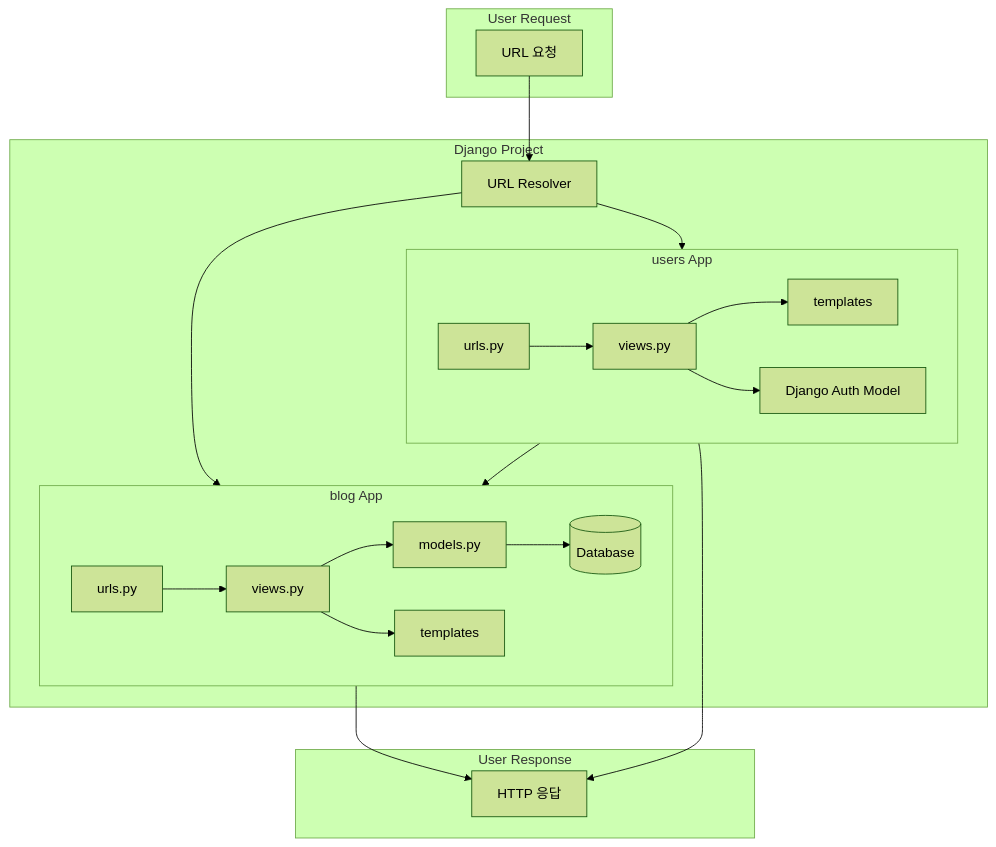
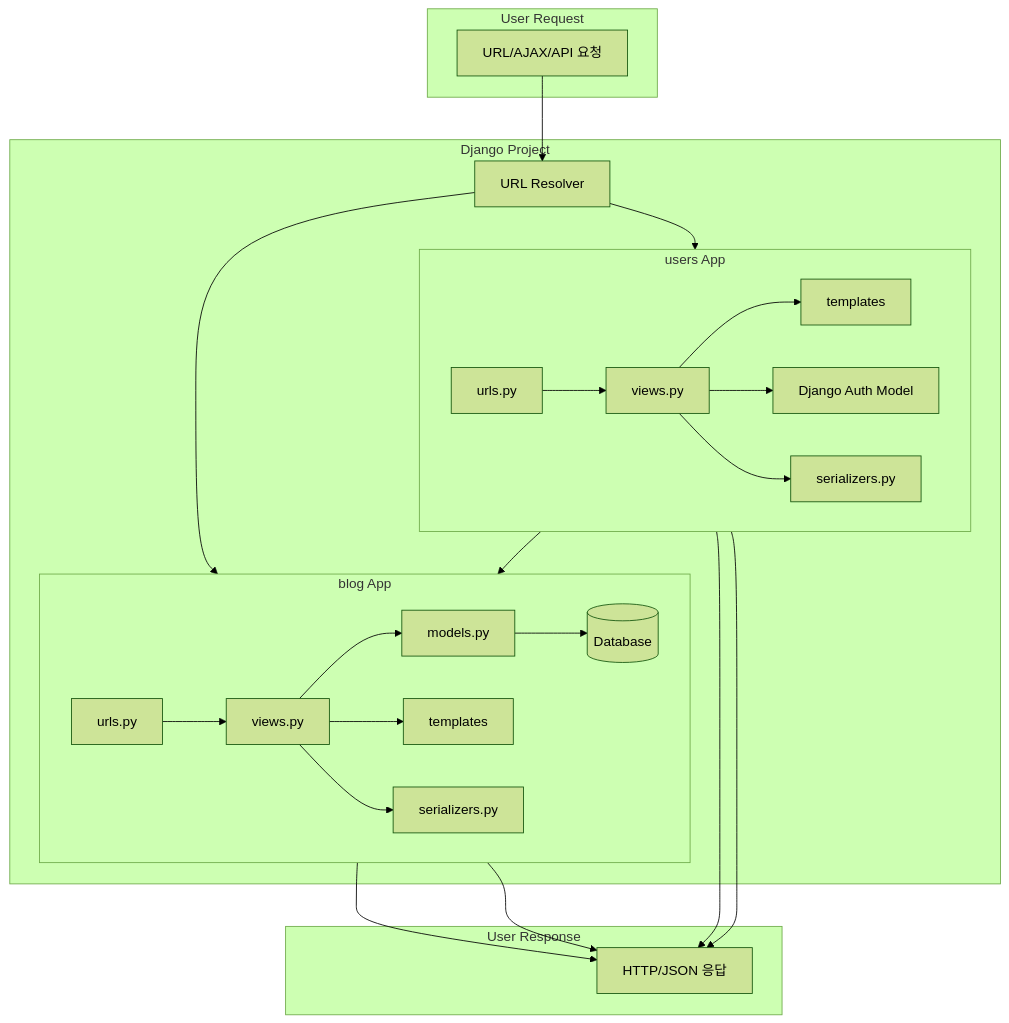
Before and after one commit to lain13/django-blog-with-cline-gemini-2.5-pro: the diagram in memory-bank/systemPatterns.md, drawn with Mermaid (forest theme). The commit also changed other lines of this file and 3 other files, not shown here.

````diff
--- a/memory-bank/systemPatterns.md
+++ b/memory-bank/systemPatterns.md
@@ -24,37 +49,41 @@
 ```mermaid
 graph TD
     subgraph "User Request"
-        URL[URL 요청]
+        URL[URL/AJAX/API 요청]
     end
 
     subgraph "Django Project"
         URL_Resolver[URL Resolver]
 
         subgraph "users App"
             direction LR
             Users_URL[urls.py] --> Users_View[views.py]
             Users_View --> Users_Template[templates]
             Users_View --> Auth_Model[Django Auth Model]
+            Users_View --> Users_Serializer[serializers.py]
         end
 
         subgraph "blog App"
             direction LR
             Blog_URL[urls.py] --> Blog_View[views.py]
             Blog_View --> Blog_Model[models.py]
             Blog_View --> Blog_Template[templates]
+            Blog_View --> Blog_Serializer[serializers.py]
             Blog_Model --> DB[(Database)]
         end
 
         URL_Resolver --> Users_URL
         URL_Resolver --> Blog_URL
         Auth_Model --> DB
     end
 
     subgraph "User Response"
-        Response[HTTP 응답]
+        Response[HTTP/JSON 응답]
     end
 
     URL --> URL_Resolver
     Users_Template --> Response
     Blog_Template --> Response
+    Users_Serializer --> Response
+    Blog_Serializer --> Response
 ```
````
